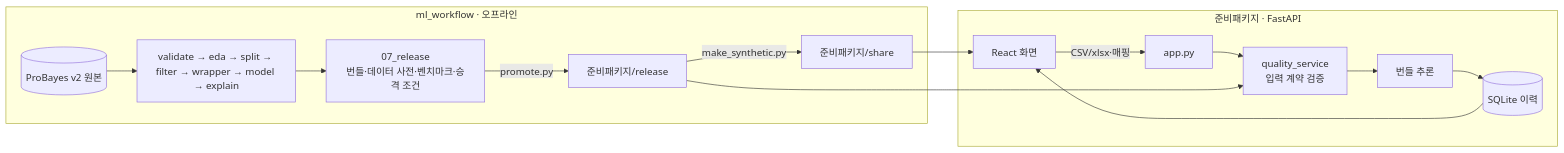
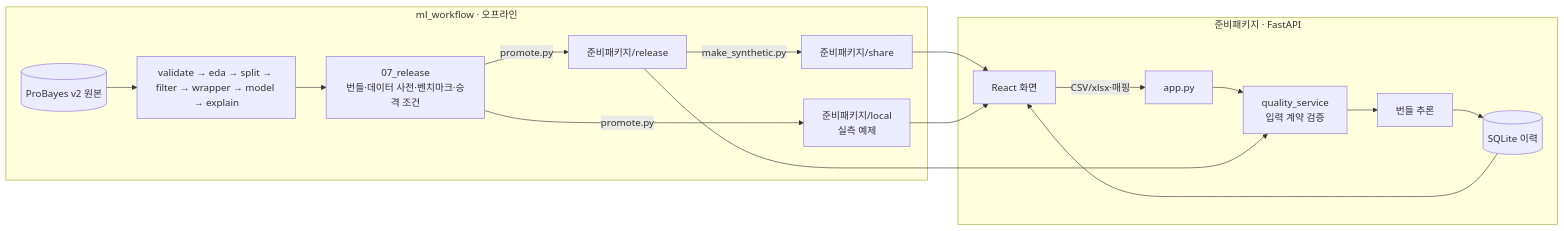
Before and after one commit to hjus36/chungcheong-ICT-quality: the diagram in docs/02_시스템_설계서.md, drawn with Mermaid. The commit also changed other lines of this file and 22 other files, not shown here.

````diff
--- a/docs/02_시스템_설계서.md
+++ b/docs/02_시스템_설계서.md
@@ -5,18 +5,20 @@
 ```mermaid
 flowchart LR
   subgraph 학습 [ml_workflow · 오프라인]
     D[(ProBayes v2 원본)] --> W[validate → eda → split → filter → wrapper → model → explain]
     W --> R[07_release<br/>번들·데이터 사전·벤치마크·승격 조건]
     R -->|promote.py| P[준비패키지/release]
     P -->|make_synthetic.py| S[준비패키지/share]
+    R -->|promote.py| L[준비패키지/local<br/>실측 예제]
   end
   subgraph 서비스 [준비패키지 · FastAPI]
     U[React 화면] -->|CSV/xlsx·매핑| A[app.py]
     A --> V[quality_service<br/>입력 계약 검증]
     V --> M[번들 추론]
     M --> DB[(SQLite 이력)]
     DB --> U
   end
   P --> V
   S --> U
+  L --> U
 ```
````
